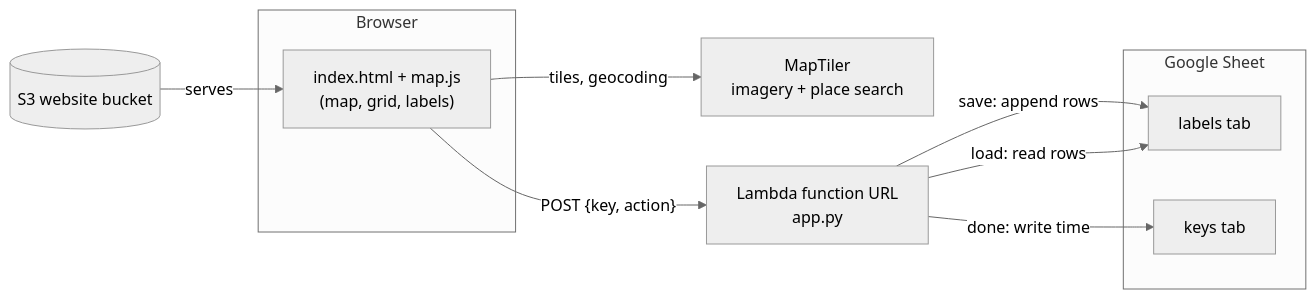
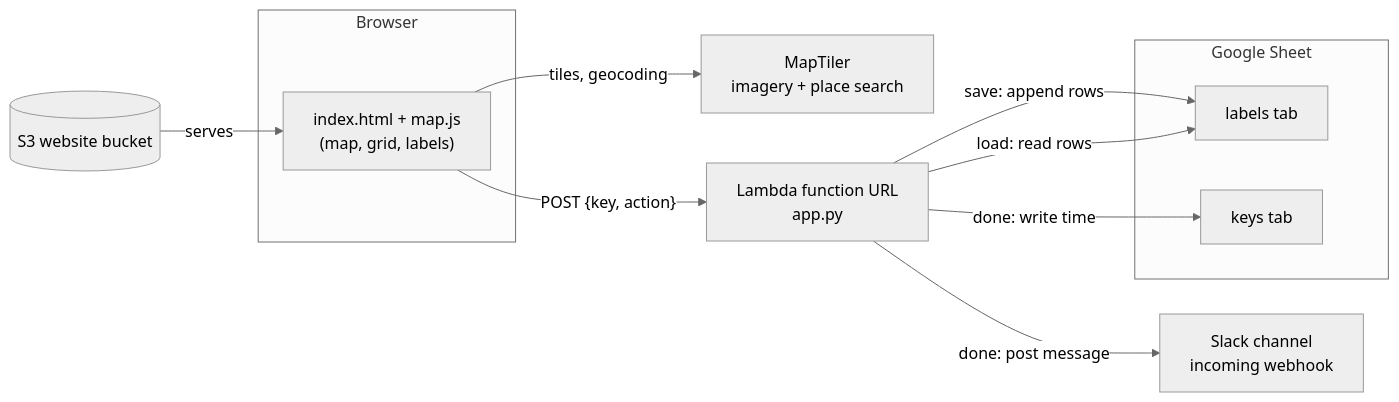
Before and after one commit to kielni/peat-db-tools: the diagram in labeler/README.md, drawn with Mermaid (neutral theme). The commit also changed other lines of this file and 4 other files, not shown here.

Commit message:
add Slack notification on done

````diff
--- a/labeler/README.md
+++ b/labeler/README.md
@@ -35,20 +35,22 @@
 ```mermaid
 flowchart LR
     subgraph Browser
         page["index.html + map.js<br/>(map, grid, labels)"]
     end
     s3[(S3 website bucket)]
     maptiler[MapTiler<br/>imagery + place search]
     lambda[Lambda function URL<br/>app.py]
+    slack[Slack channel<br/>incoming webhook]
     subgraph Sheet[Google Sheet]
         labels[labels tab]
         keys[keys tab]
     end
 
     s3 -- serves --> page
     page -- tiles, geocoding --> maptiler
     page -- "POST {key, action}" --> lambda
     lambda -- "save: append rows" --> labels
     lambda -- "load: read rows" --> labels
     lambda -- "done: write time" --> keys
+    lambda -- "done: post message" --> slack
 ```
````
